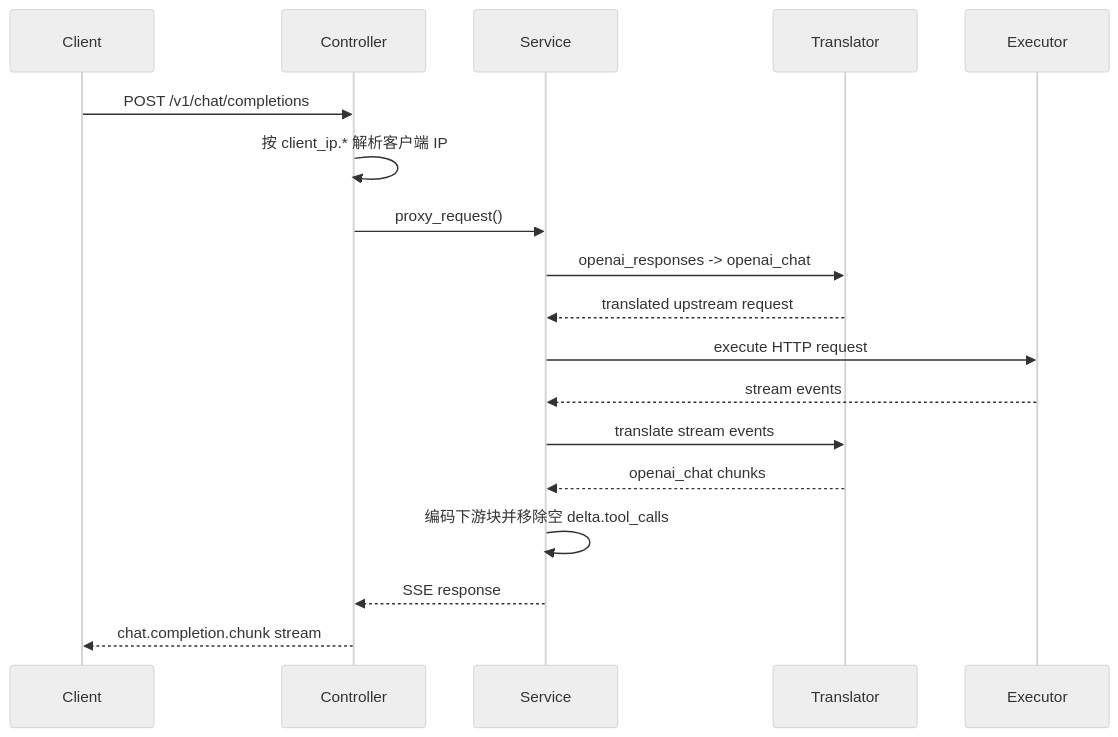
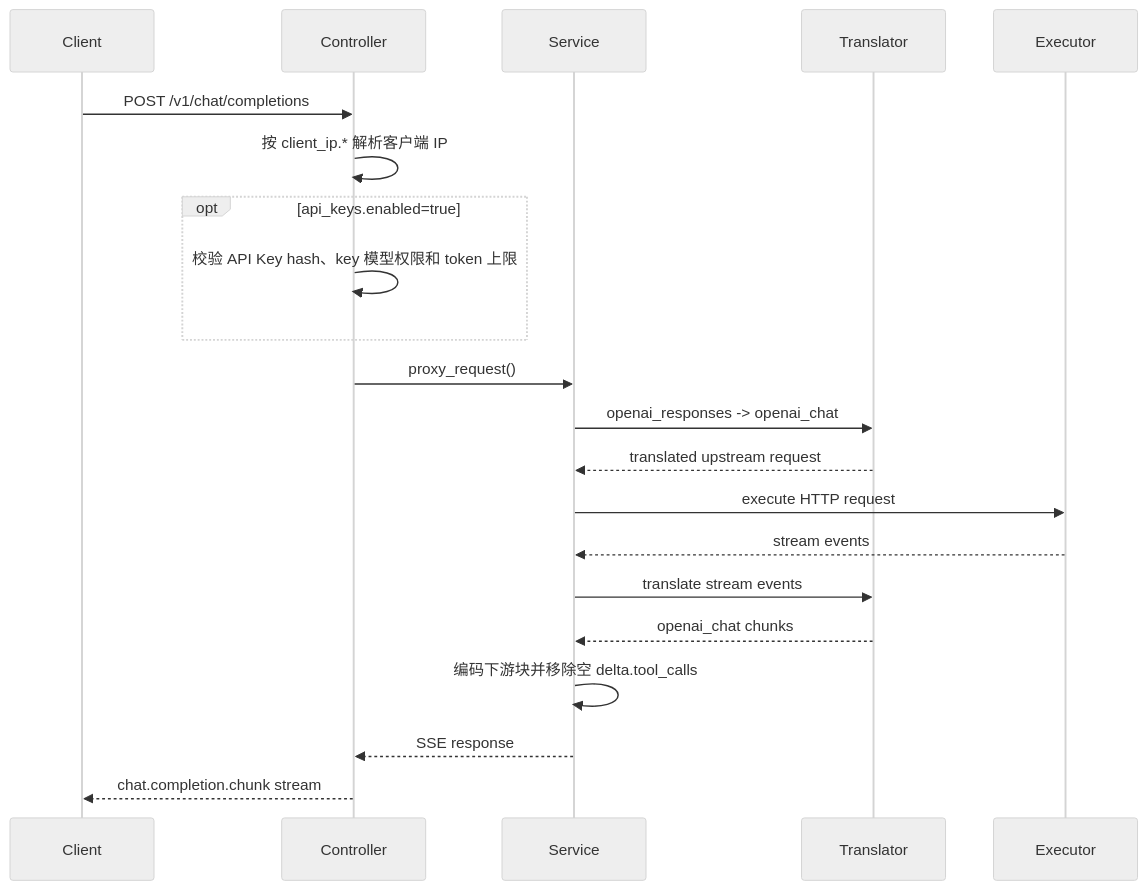
One commit to VonSdite/LLM_Proxy changed the first of 3 diagrams in docs/architecture-4plus1.md. Above: the diagram before and after it, drawn with Mermaid (neutral theme). The commit also changed other lines of this file and 25 other files, not shown here.

Commit message:
新增 API Key 管理并优化后台交互

````diff
--- a/docs/architecture-4plus1.md
+++ b/docs/architecture-4plus1.md
@@ -621,21 +742,24 @@
 ```mermaid
 sequenceDiagram
     participant Client
     participant Controller
     participant Service
     participant Translator
     participant Executor
 
     Client->>Controller: POST /v1/chat/completions
     Controller->>Controller: 按 client_ip.* 解析客户端 IP
+    opt api_keys.enabled=true
+        Controller->>Controller: 校验 API Key hash、key 模型权限和 token 上限
+    end
     Controller->>Service: proxy_request()
     Service->>Translator: openai_responses -> openai_chat
     Translator-->>Service: translated upstream request
     Service->>Executor: execute HTTP request
     Executor-->>Service: stream events
     Service->>Translator: translate stream events
     Translator-->>Service: openai_chat chunks
     Service->>Service: 编码下游块并移除空 delta.tool_calls
     Service-->>Controller: SSE response
     Controller-->>Client: chat.completion.chunk stream
 ```
````
